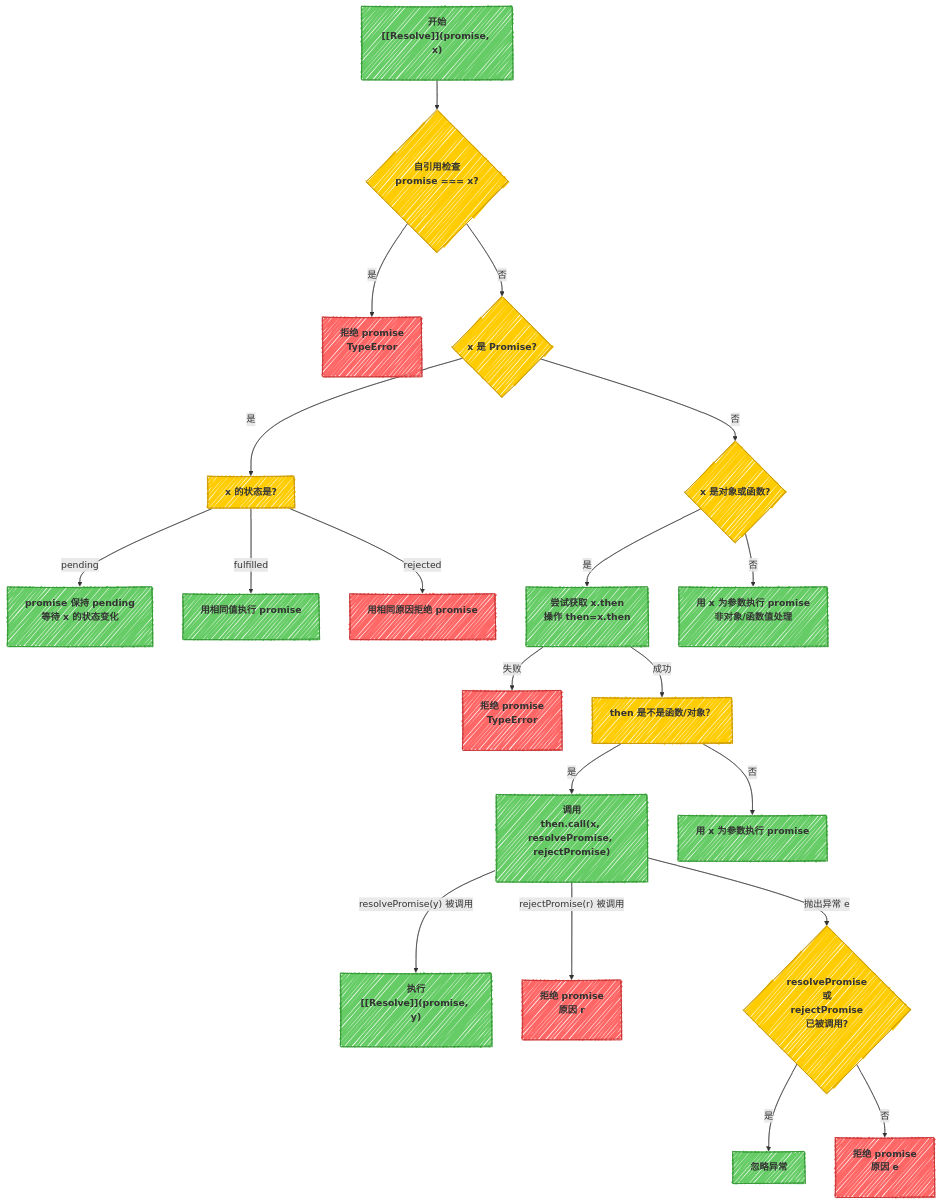
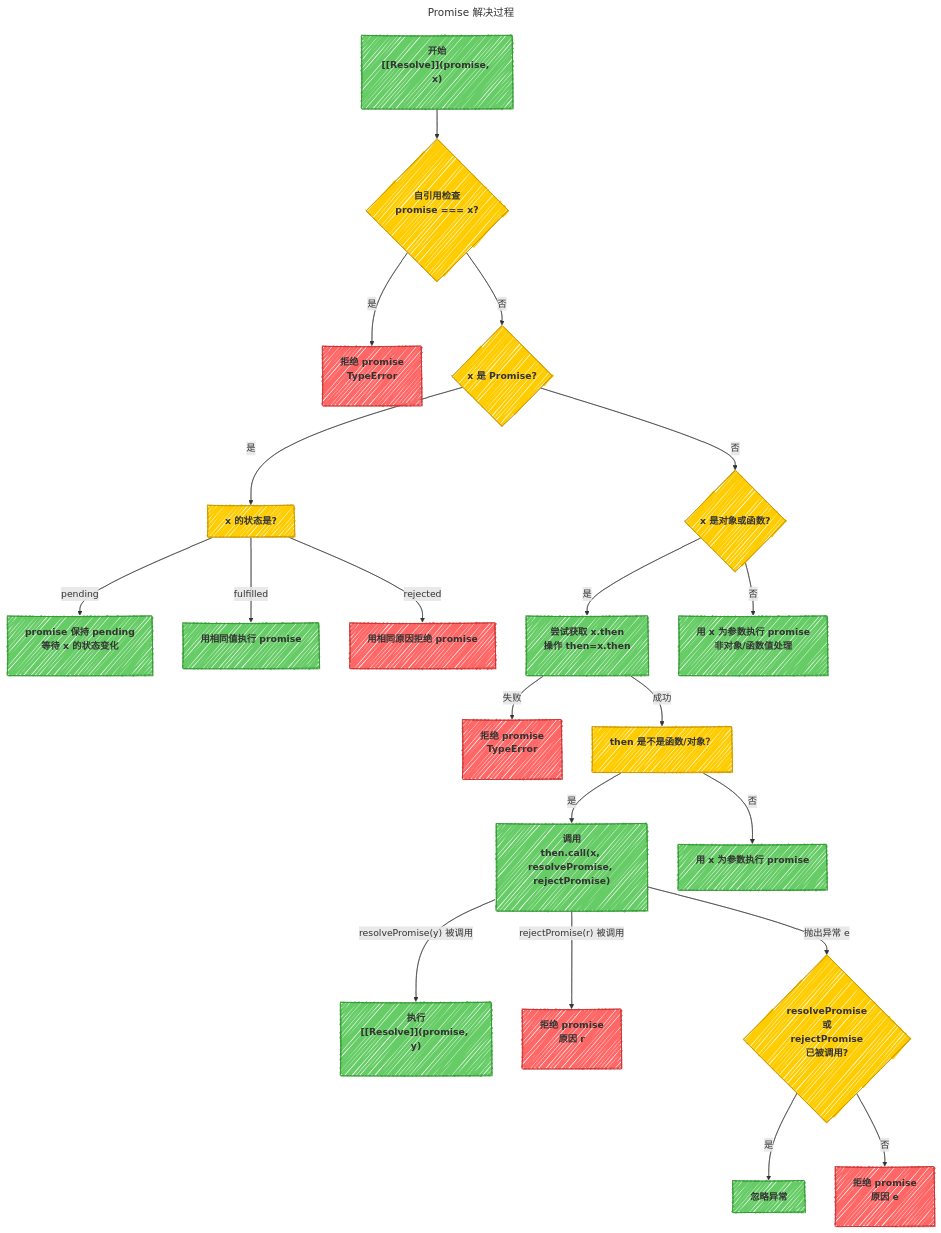
The diagram in docs/courses/2.Promise/2.手写Promise.md (duminghong/blog), drawn with Mermaid before and after one commit. The commit also changed 1 other file, not shown here.

Commit message:
docs(Promise): 为mermaid图表添加标题

````diff
--- a/docs/courses/2.Promise/2.手写Promise.md
+++ b/docs/courses/2.Promise/2.手写Promise.md
@@ -95,36 +95,37 @@
 ```mermaid
 ---
+title: Promise 解决过程
 config:
   look: handDrawn
 ---
 flowchart TB
 
   %% 定义样式类
   classDef default fill:#66cc66,color:#333,stroke:#339933,stroke-width:1.5px,font-weight: bold;
   classDef askNode fill:#ffcc00,color:#333,stroke:#cc9900,stroke-width:1.5px;
   classDef errorNode fill:#ff6666,color:#333,stroke:#cc3333,stroke-width:1.5px;
 
   A["开始<br>[[Resolve]](promise, x)<br>&nbsp;"] --> B{"自引用检查<br>promise === x?<br>&nbsp;"}
   B -->|是| C["拒绝 promise<br>TypeError<br>&nbsp;"]
   B -->|否| D{"x 是 Promise?"}
   D -->|是| E["x 的状态是?"]
   E -->|pending| F["promise 保持 pending<br>等待 x 的状态变化<br>&nbsp;"]
   E -->|fulfilled| G["用相同值执行 promise<br>&nbsp;"]
   E -->|rejected| H["用相同原因拒绝 promise<br>&nbsp;"]
   D -->|否| I{"x 是对象或函数?"}
   I -->|是| J["尝试获取 x.then <br>操作 then=x.then<br>&nbsp;"]
   J -->|失败| K["拒绝 promise<br>TypeError<br>&nbsp;"]
   J -->|成功| Z["then 是不是函数/对象？<br>&nbsp;"] 
   Z -->|是| L["调用<br>then.call(x, resolvePromise, rejectPromise)<br>&nbsp;"] 
   L -->|"resolvePromise(y) 被调用"| N["执行<br>[[Resolve]](promise, y)<br>&nbsp;"]
   L -->|"rejectPromise(r) 被调用"| O["拒绝 promise<br>原因 r<br>&nbsp;"]
   L -->|抛出异常 e| R{"resolvePromise<br>或<br>rejectPromise<br>已被调用?<br>&nbsp;"}
   R -->|是| S["忽略异常"]
   R -->|否| T["拒绝 promise<br>原因 e<br>&nbsp;"]
   Z -->|否| V["用 x 为参数执行 promise<br>&nbsp;"]
   I -->|否| W["用 x 为参数执行 promise<br>非对象/函数值处理<br>&nbsp;"]
 
   %% 样式应用
   class B,D,E,I,R,Z askNode;
   class C,H,K,O,T errorNode;
 ```
````
